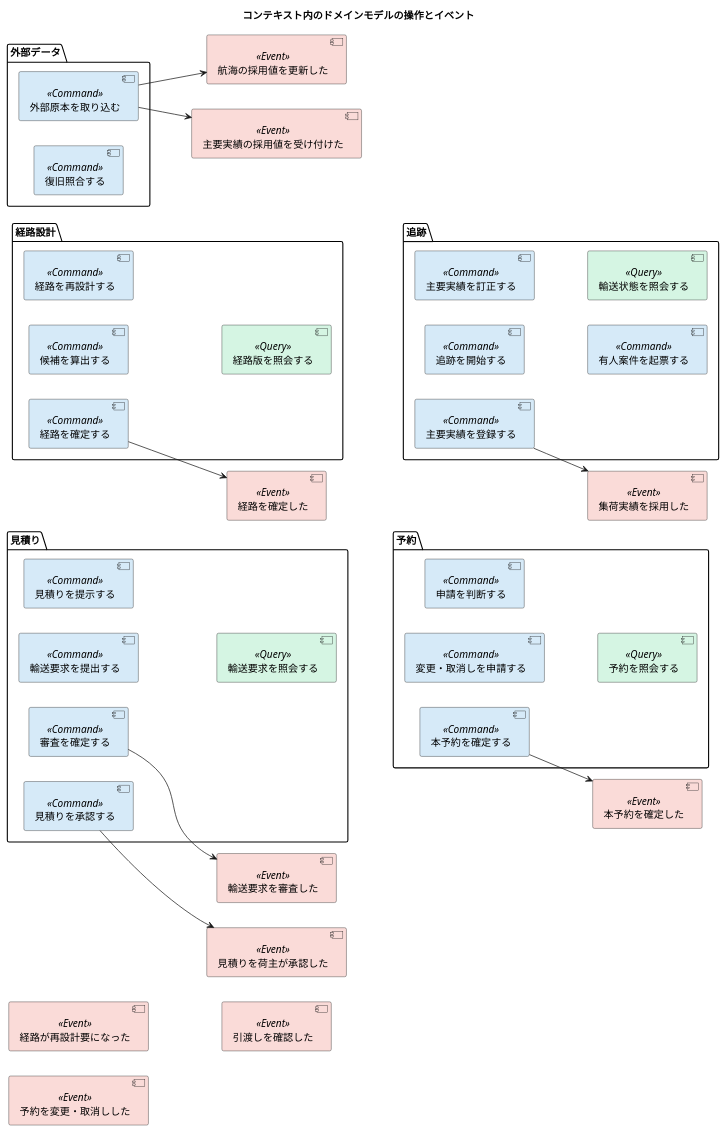
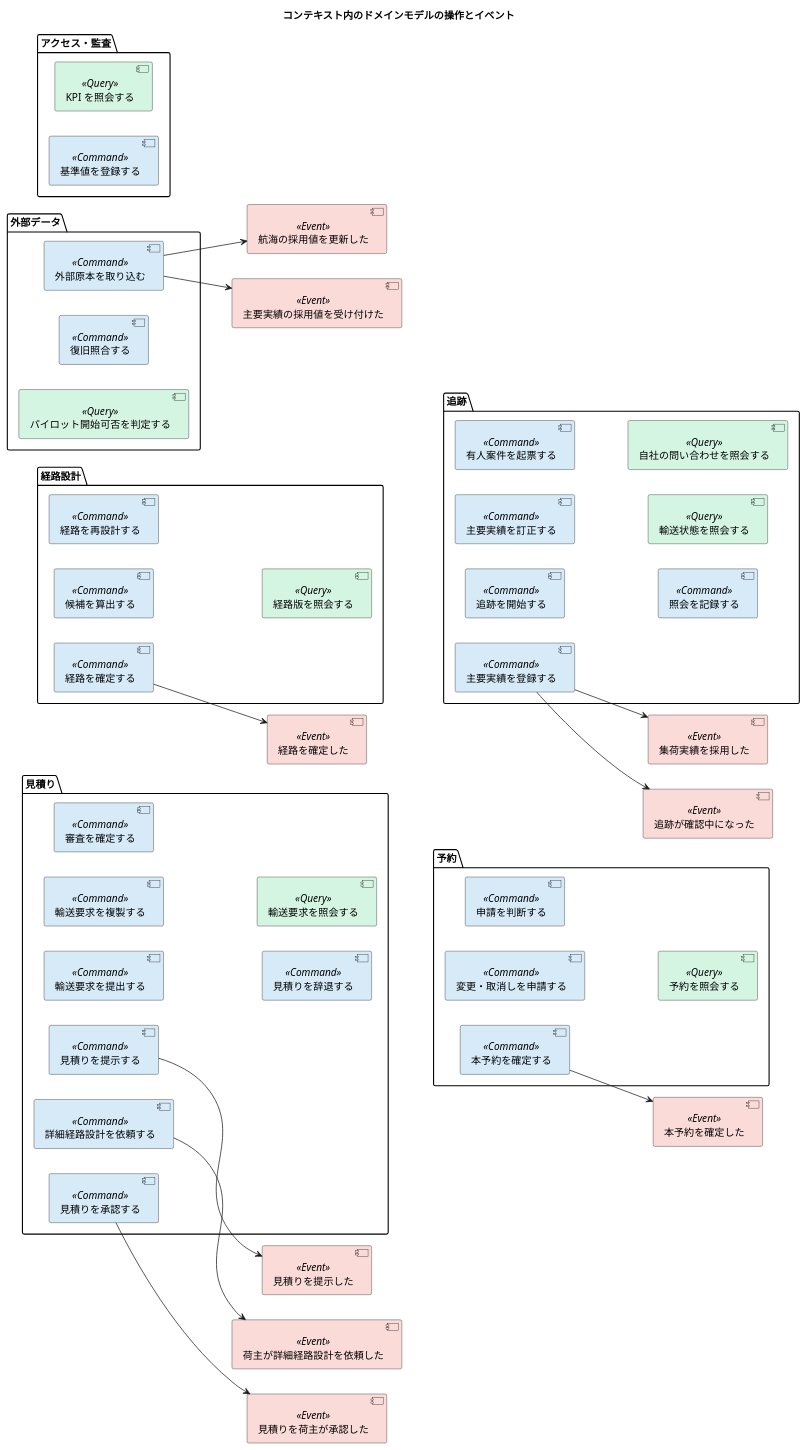
One commit to k2works/practical-domain-driven-design-in-enterpris-application changed diagram 14 of 15 in docs/design/cargo-tracker/domain_model.md. Above: the diagram before and after it, drawn with PlantUML. The commit also changed other lines of this file and 25 other files, not shown here.

````diff
--- a/docs/design/cargo-tracker/domain_model.md
+++ b/docs/design/cargo-tracker/domain_model.md
@@ -761,59 +856,70 @@
 ```plantuml
 @startuml
 title コンテキスト内のドメインモデルの操作とイベント
 left to right direction
 skinparam component {
   BackgroundColor<<Command>> #D6EAF8
   BackgroundColor<<Query>> #D5F5E3
   BackgroundColor<<Event>> #FADBD8
 }
 package "見積り" {
   [輸送要求を提出する] <<Command>>
+  [輸送要求を複製する] <<Command>>
   [審査を確定する] <<Command>>
   [見積りを提示する] <<Command>>
+  [詳細経路設計を依頼する] <<Command>>
+  [見積りを辞退する] <<Command>>
   [見積りを承認する] <<Command>>
   [輸送要求を照会する] <<Query>>
 }
 package "経路設計" {
   [候補を算出する] <<Command>>
   [経路を確定する] <<Command>>
   [経路を再設計する] <<Command>>
   [経路版を照会する] <<Query>>
 }
 package "予約" {
   [本予約を確定する] <<Command>>
   [変更・取消しを申請する] <<Command>>
   [申請を判断する] <<Command>>
   [予約を照会する] <<Query>>
 }
 package "追跡" {
   [追跡を開始する] <<Command>>
   [主要実績を登録する] <<Command>>
   [主要実績を訂正する] <<Command>>
   [有人案件を起票する] <<Command>>
+  [照会を記録する] <<Command>>
   [輸送状態を照会する] <<Query>>
+  [自社の問い合わせを照会する] <<Query>>
 }
 package "外部データ" {
   [外部原本を取り込む] <<Command>>
   [復旧照合する] <<Command>>
+  [パイロット開始可否を判定する] <<Query>>
 }
-[輸送要求を審査した] <<Event>>
+package "アクセス・監査" {
+  [KPI を照会する] <<Query>>
+  [基準値を登録する] <<Command>>
+}
+[見積りを提示した] <<Event>>
+[荷主が詳細経路設計を依頼した] <<Event>>
+[経路を確定した] <<Event>>
 [見積りを荷主が承認した] <<Event>>
-[経路を確定した] <<Event>>
-[経路が再設計要になった] <<Event>>
 [本予約を確定した] <<Event>>
-[予約を変更・取消しした] <<Event>>
 [集荷実績を採用した] <<Event>>
-[引渡しを確認した] <<Event>>
+[追跡が確認中になった] <<Event>>
 [航海の採用値を更新した] <<Event>>
 [主要実績の採用値を受け付けた] <<Event>>
 
-[審査を確定する] --> [輸送要求を審査した]
+[見積りを提示する] --> [見積りを提示した]
+[詳細経路設計を依頼する] --> [荷主が詳細経路設計を依頼した]
+[経路を確定する] --> [経路を確定した]
 [見積りを承認する] --> [見積りを荷主が承認した]
-[経路を確定する] --> [経路を確定した]
 [本予約を確定する] --> [本予約を確定した]
 [主要実績を登録する] --> [集荷実績を採用した]
+[主要実績を登録する] --> [追跡が確認中になった]
 [外部原本を取り込む] --> [航海の採用値を更新した]
 [外部原本を取り込む] --> [主要実績の採用値を受け付けた]
 @enduml
 ```
````
